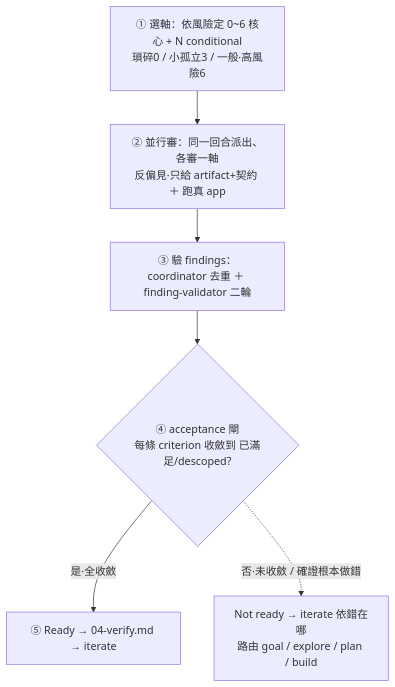
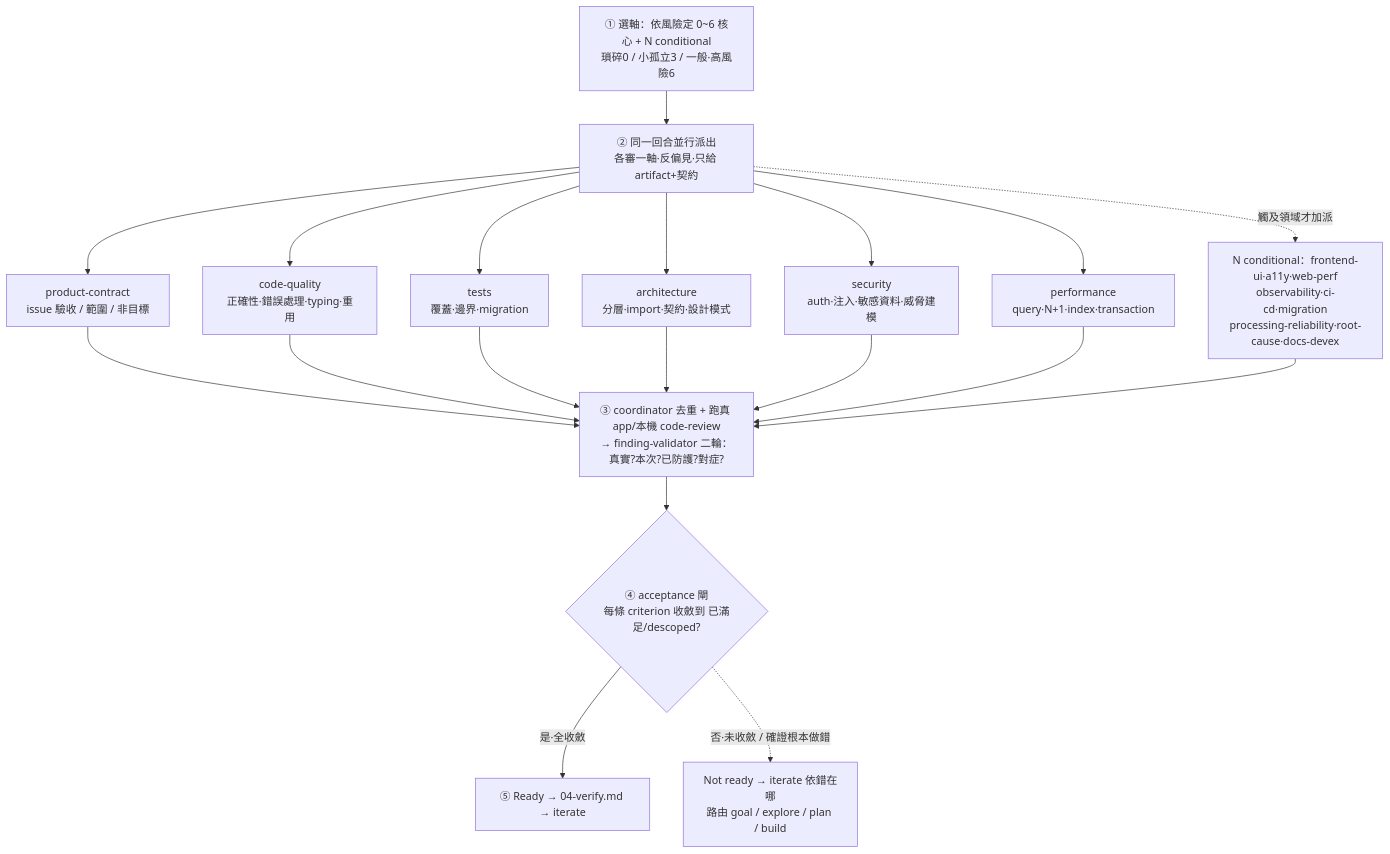
Before and after one commit to adha9990/dev-workflows: the third of 3 diagrams in plugins/loops-workflow/docs/FLOW.md, drawn with Mermaid.

Commit message:
docs(FLOW): verify 流程圖加回 reviewer 分派（標明各審什麼）
上一版整理過頭、把 reviewer fan-out 砍掉了。加回「同一回合並行派出 6 核心
reviewer + N conditional」並在每個節點標**各在檢查什麼**（product-contract=驗收/
範圍、code-quality=正確性/錯誤處理、tests=覆蓋/邊界、architecture=分層/契約、
security=auth/注入/威脅建模、performance=query/N+1…），看得到「在審什麼」。
仍拿掉真正冗餘的 build 輸入節點與重複的風險 0~6 節點。

````diff
--- a/plugins/loops-workflow/docs/FLOW.md
+++ b/plugins/loops-workflow/docs/FLOW.md
@@ -165,8 +165,15 @@
 ```mermaid
 flowchart TD
-    S1[① 選軸：依風險定 0~6 核心 + N conditional<br/>瑣碎0 / 小孤立3 / 一般·高風險6] --> S2[② 並行審：同一回合派出、各審一軸<br/>反偏見·只給 artifact+契約 ＋ 跑真 app]
-    S2 --> S3[③ 驗 findings：coordinator 去重 ＋ finding-validator 二輪]
-    S3 --> S4{④ acceptance 閘<br/>每條 criterion 收斂到 已滿足/descoped?}
+    S1[① 選軸：依風險定 0~6 核心 + N conditional<br/>瑣碎0 / 小孤立3 / 一般·高風險6] --> S2[② 同一回合並行派出<br/>各審一軸·反偏見·只給 artifact+契約]
+    S2 --> R1[product-contract<br/>issue 驗收 / 範圍 / 非目標]
+    S2 --> R2[code-quality<br/>正確性·錯誤處理·typing·重用]
+    S2 --> R3[tests<br/>覆蓋·邊界·migration]
+    S2 --> R4[architecture<br/>分層·import·契約·設計模式]
+    S2 --> R5[security<br/>auth·注入·敏感資料·威脅建模]
+    S2 --> R6[performance<br/>query·N+1·index·transaction]
+    S2 -.觸及領域才加派.-> COND[N conditional：frontend-ui·a11y·web-perf<br/>observability·ci-cd·migration<br/>processing-reliability·root-cause·docs-devex]
+    R1 & R2 & R3 & R4 & R5 & R6 & COND --> CO[③ coordinator 去重 + 跑真 app/本機 code-review<br/>→ finding-validator 二輪：真實?本次?已防護?對症?]
+    CO --> S4{④ acceptance 閘<br/>每條 criterion 收斂到 已滿足/descoped?}
     S4 -->|是·全收斂| S5[⑤ Ready → 04-verify.md → iterate]
     S4 -.否·未收斂 / 確證根本做錯.-> ITER[Not ready → iterate 依錯在哪<br/>路由 goal / explore / plan / build]
 ```
````
